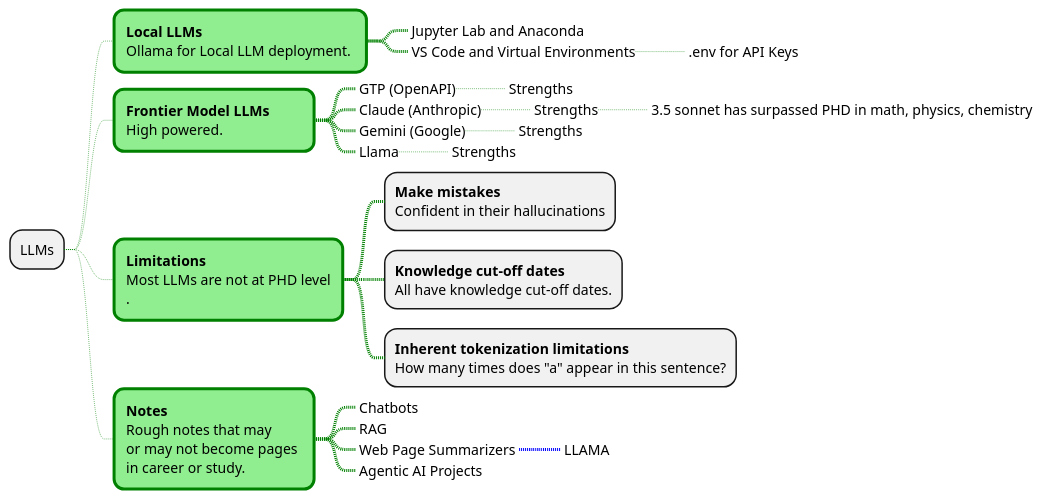
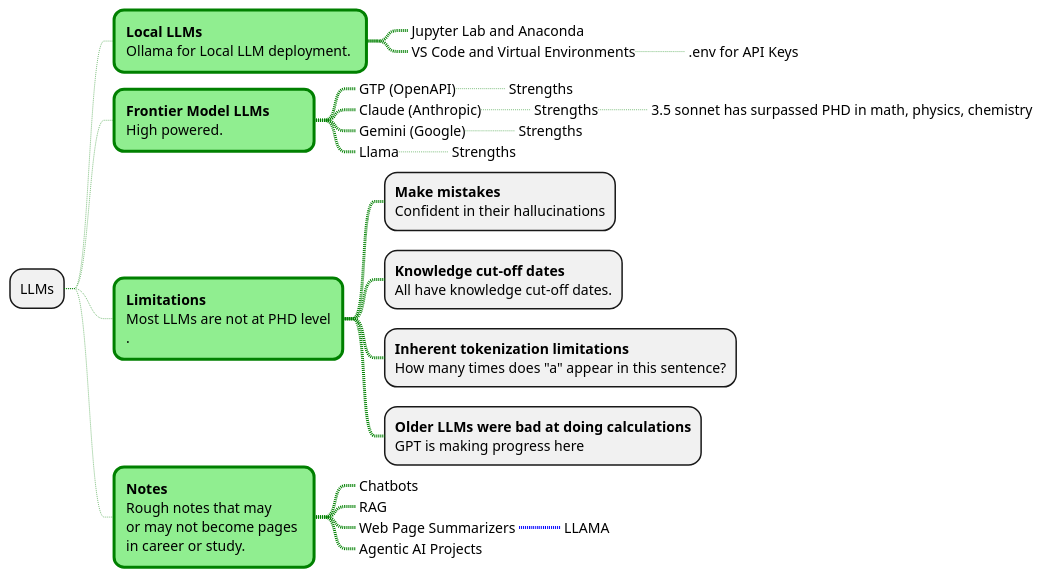
One commit to rob-bl8ke/adventures-with-llms changed the diagram in llm-engineering-landscape.puml. Above: the diagram before and after it, drawn with PlantUML.

Commit message:
Some more changes

```diff
--- a/llm-engineering-landscape.puml
+++ b/llm-engineering-landscape.puml
@@ -1,93 +1,94 @@
 @startmindmap "LLM Engineering Landscape"
 
 <style>
     mindmapDiagram {
         .top-section {
             Padding 12
             Margin 6
             HorizontalAlignment left
             LineColor green
             LineThickness 3.0
             BackgroundColor lightgreen
             RoundCorner 20
             MinimumWidth 200
         }
         .level-1-section {
             Padding 12
             Margin 6
             HorizontalAlignment center
             LineColor blue
             LineThickness 3.0
             BackgroundColor lightblue
             RoundCorner 20
             MinimumWidth 150
         }
         arrow {
             LineStyle 1
             LineThickness 0.5
             LineColor green
         }
     }
 </style>
 
 + LLMs
 ++ **Local LLMs**\nOllama for Local LLM deployment. <<top-section>>
 +++_ Jupyter Lab and Anaconda
 +++_ VS Code and Virtual Environments
 ++++_ .env for API Keys
 ++ **Frontier Model LLMs**\nHigh powered. <<top-section>>
 +++_ GTP (OpenAPI)
 ++++_ Strengths
 +++_ Claude (Anthropic)
 ++++_ Strengths
 +++++_ 3.5 sonnet has surpassed PHD in math, physics, chemistry
 +++_ Gemini (Google)
 ++++_ Strengths
 +++_ Llama
 ++++_ Strengths
 ++ **Limitations**\nMost LLMs are not at PHD level\n. <<top-section>>
 +++ **Make mistakes**\nConfident in their hallucinations
 +++ **Knowledge cut-off dates**\nAll have knowledge cut-off dates.
 +++ **Inherent tokenization limitations**\nHow many times does "a" appear in this sentence?
++++ **Older LLMs were bad at doing calculations**\nGPT is making progress here
 
 ++ **Notes**\nRough notes that may\nor may not become pages\nin career or study. <<top-section>>
 +++_ Chatbots
 +++_ RAG
 +++_ Web Page Summarizers <<level-1-section>>
 ++++_ LLAMA
 +++_ Agentic AI Projects
 
 
 
 ' ++ **Career History**\nContent for interviews\nand CV. <<top-section>>
 ' +++_ Project Kanban Board
 ' +++_ Database
 ' +++_ Resources Page
 ' ++++_ Interview tips
 ' ++++_ Negotiations
 
 ' ++ **Study (Self Improvement)**\nOngoing strategic studies. <<top-section>>
 ' +++ Study Process  <<level-1-section>>
 ' ++++_ Effective note making
 ' ++++_ Summarized Study Process
 ' +++ Study Activity  <<level-1-section>>
 ' ++++ New Studies
 ' +++++_ **Kanban board**
 ' +++++_ Notes (InFocus)
 ' +++++_ Summaries
 ' +++++_ Queued
 ' +++++_ Trash (Can delete)
 ' ++++ Revision
 ' +++++_ Current (Priority)
 ' +++++_ Needs Attention
 ' +++++_ Strong understanding
 ' ++++ Roadmaps
 ' +++++_ Leetcode Roadmap
 ' +++ General Resources  <<level-1-section>>
 ' ++++ Problem solving approach
 ' ++++ Study Topics
 ' +++++_ Discrete Mathematics
 ' +++++_ Algorithms, Problem Solving, and Data Structures
 
 
 @endmindmap
```
